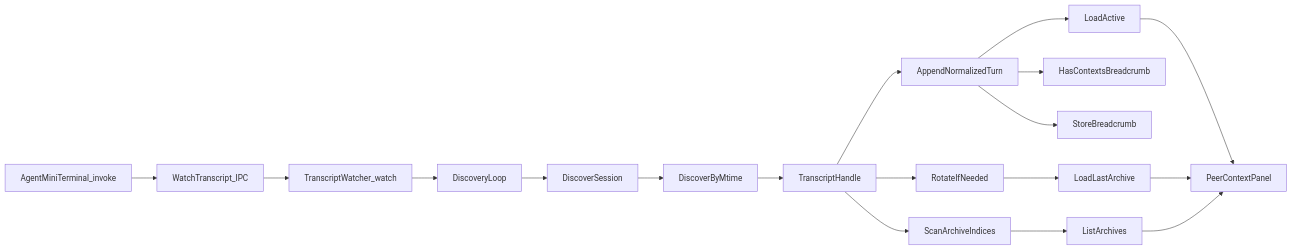
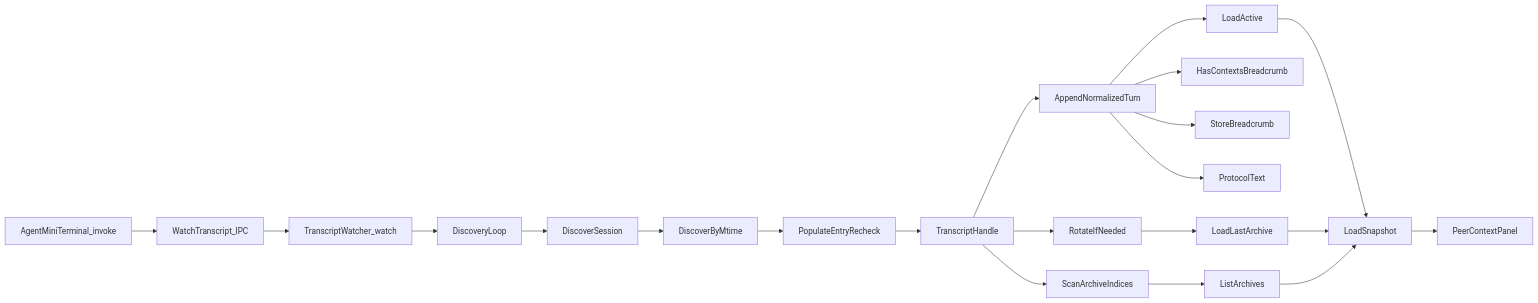
One commit to yes506/canvas-terminal changed the diagram in plan.mmd. Above: the diagram before and after it, drawn with Mermaid. The commit also changed 1 other file, not shown here.

Commit message:
docs(planner): fold verified peer-review amendments (populate-race recheck, protocol-text scoping, loadSnapshot, recursion precision, 2A fallback policy, adapter-boundary)

```diff
--- a/plan.mmd
+++ b/plan.mmd
@@ -1,34 +1,40 @@
 graph LR
   AgentMiniTerminal_invoke["AgentMiniTerminal_invoke"]
   WatchTranscript_IPC["WatchTranscript_IPC"]
   TranscriptWatcher_watch["TranscriptWatcher_watch"]
   DiscoveryLoop["DiscoveryLoop"]
   DiscoverSession["DiscoverSession"]
   DiscoverByMtime["DiscoverByMtime"]
+  PopulateEntryRecheck["PopulateEntryRecheck"]
   TranscriptHandle["TranscriptHandle"]
   AppendNormalizedTurn["AppendNormalizedTurn"]
   RotateIfNeeded["RotateIfNeeded"]
   ScanArchiveIndices["ScanArchiveIndices"]
   LoadActive["LoadActive"]
   LoadLastArchive["LoadLastArchive"]
   ListArchives["ListArchives"]
+  LoadSnapshot["LoadSnapshot"]
   HasContextsBreadcrumb["HasContextsBreadcrumb"]
   StoreBreadcrumb["StoreBreadcrumb"]
+  ProtocolText["ProtocolText"]
   PeerContextPanel["PeerContextPanel"]
   AgentMiniTerminal_invoke --> WatchTranscript_IPC
   WatchTranscript_IPC --> TranscriptWatcher_watch
   TranscriptWatcher_watch --> DiscoveryLoop
   DiscoveryLoop --> DiscoverSession
   DiscoverSession --> DiscoverByMtime
-  DiscoverByMtime --> TranscriptHandle
+  DiscoverByMtime --> PopulateEntryRecheck
+  PopulateEntryRecheck --> TranscriptHandle
   TranscriptHandle --> AppendNormalizedTurn
   TranscriptHandle --> RotateIfNeeded
   TranscriptHandle --> ScanArchiveIndices
   AppendNormalizedTurn --> LoadActive
   AppendNormalizedTurn --> HasContextsBreadcrumb
   AppendNormalizedTurn --> StoreBreadcrumb
+  AppendNormalizedTurn --> ProtocolText
   RotateIfNeeded --> LoadLastArchive
   ScanArchiveIndices --> ListArchives
-  LoadActive --> PeerContextPanel
-  LoadLastArchive --> PeerContextPanel
-  ListArchives --> PeerContextPanel
+  LoadActive --> LoadSnapshot
+  LoadLastArchive --> LoadSnapshot
+  ListArchives --> LoadSnapshot
+  LoadSnapshot --> PeerContextPanel
```
